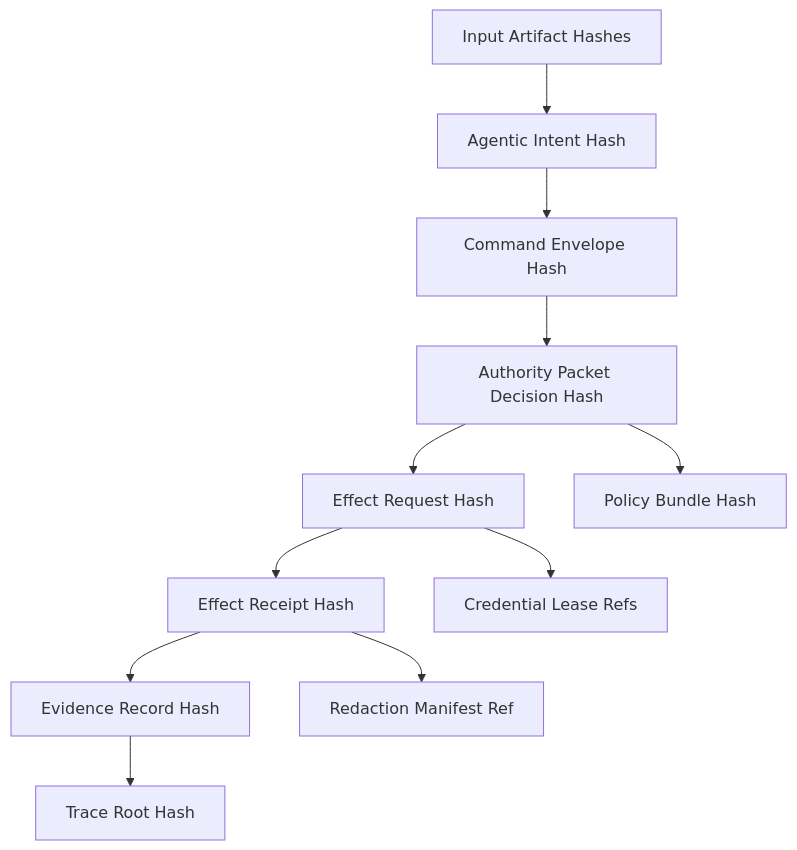
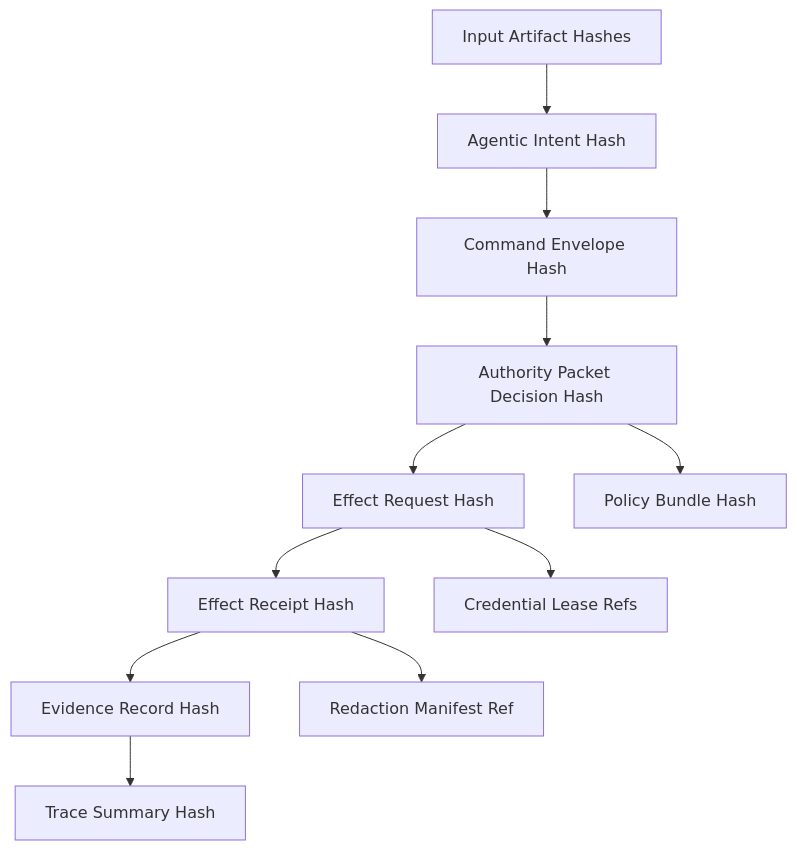
The diagram in GAOP/RFC-0006-audit-lineage-and-causal-replay.md (nshkrdotcom/docs), drawn with Mermaid before and after one commit. The commit also changed other lines of this file and 6 other files, not shown here.

````diff
--- a/GAOP/RFC-0006-audit-lineage-and-causal-replay.md
+++ b/GAOP/RFC-0006-audit-lineage-and-causal-replay.md
@@ -26,13 +26,13 @@
 ```mermaid
 flowchart TD
     A[Input Artifact Hashes] --> B[Agentic Intent Hash]
     B --> C[Command Envelope Hash]
     C --> D[Authority Packet Decision Hash]
     D --> E[Effect Request Hash]
     E --> F[Effect Receipt Hash]
     F --> G[Evidence Record Hash]
-    G --> H[Trace Root Hash]
+    G --> H[Trace Summary Hash]
     D --> I[Policy Bundle Hash]
     E --> J[Credential Lease Refs]
     F --> K[Redaction Manifest Ref]
 ```
````
